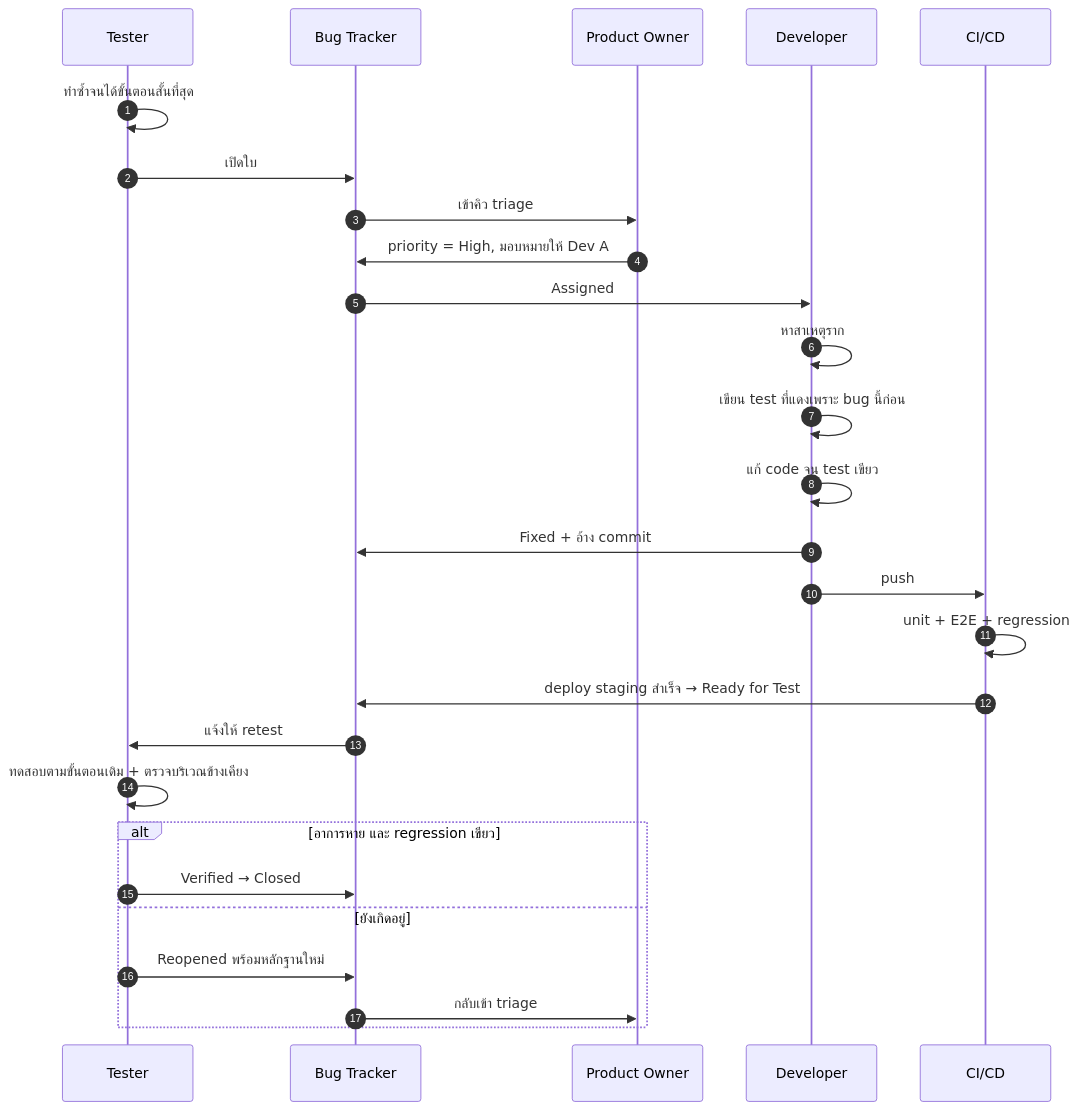
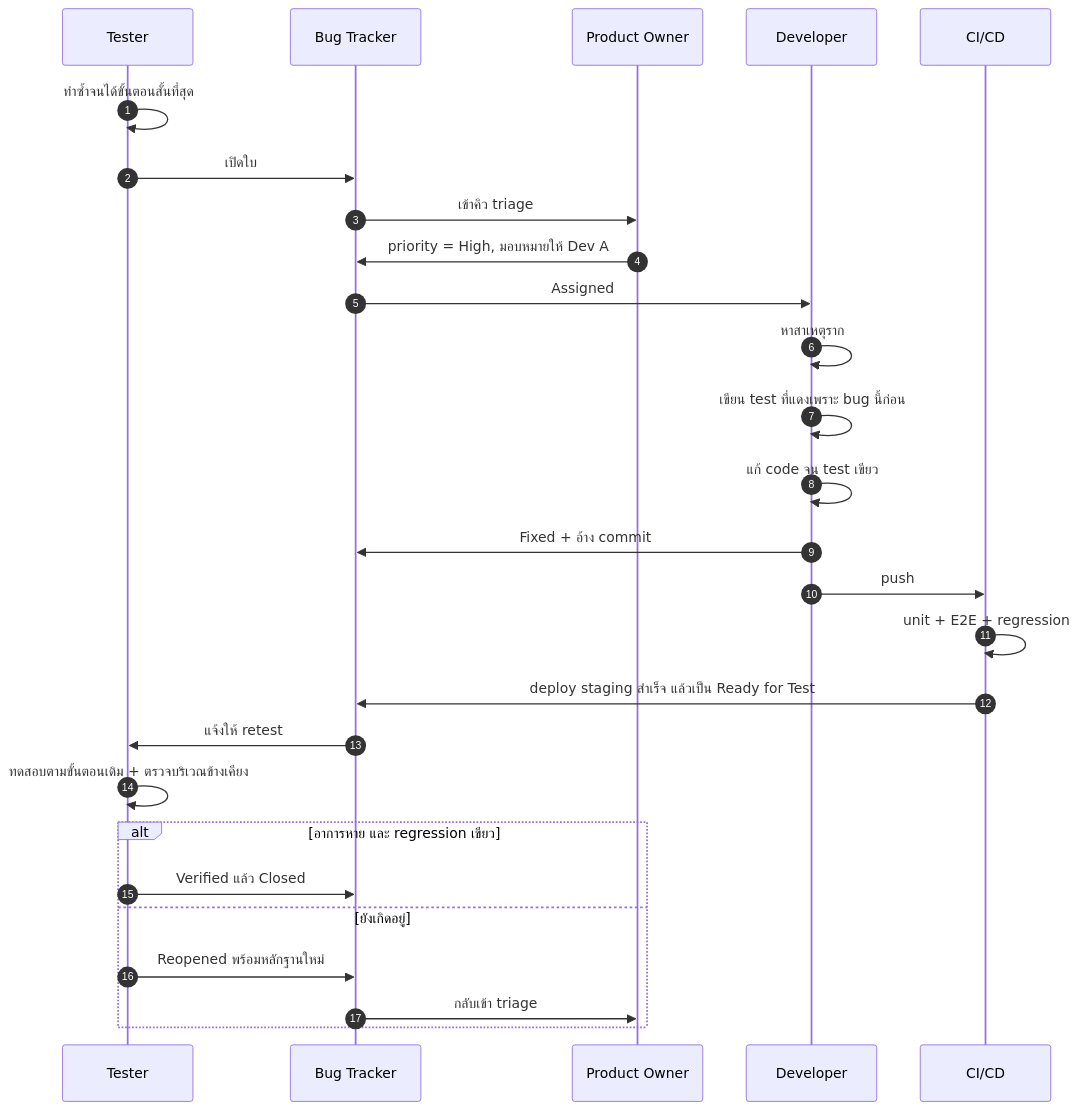
One commit to CE-SDPX/SDPX-AI changed diagram 15 of 19 in readings/03-software-testing.md. Above: the diagram before and after it, drawn with Mermaid. The commit also changed other lines of this file and 6 other files, not shown here.

````diff
--- a/readings/03-software-testing.md
+++ b/readings/03-software-testing.md
@@ -615,30 +610,30 @@
 ```mermaid
 sequenceDiagram
     autonumber
     participant T as Tester
     participant B as Bug Tracker
     participant P as Product Owner
     participant D as Developer
     participant CI as CI/CD
 
     T->>T: ทำซ้ำจนได้ขั้นตอนสั้นที่สุด
-    T->>B: เปิดใบ #128 — severity High
+    T->>B: เปิดใบ #128 severity High
     B->>P: เข้าคิว triage
     P->>B: priority = High, มอบหมายให้ Dev A
     B->>D: Assigned
     D->>D: หาสาเหตุราก
     D->>D: เขียน test ที่แดงเพราะ bug นี้ก่อน
     D->>D: แก้ code จน test เขียว
     D->>B: Fixed + อ้าง commit
     D->>CI: push
     CI->>CI: unit + E2E + regression
-    CI->>B: deploy staging สำเร็จ → Ready for Test
+    CI->>B: deploy staging สำเร็จ แล้วเป็น Ready for Test
     B->>T: แจ้งให้ retest
     T->>T: ทดสอบตามขั้นตอนเดิม + ตรวจบริเวณข้างเคียง
     alt อาการหาย และ regression เขียว
-        T->>B: Verified → Closed
+        T->>B: Verified แล้ว Closed
     else ยังเกิดอยู่
         T->>B: Reopened พร้อมหลักฐานใหม่
         B->>P: กลับเข้า triage
     end
 ```
````
